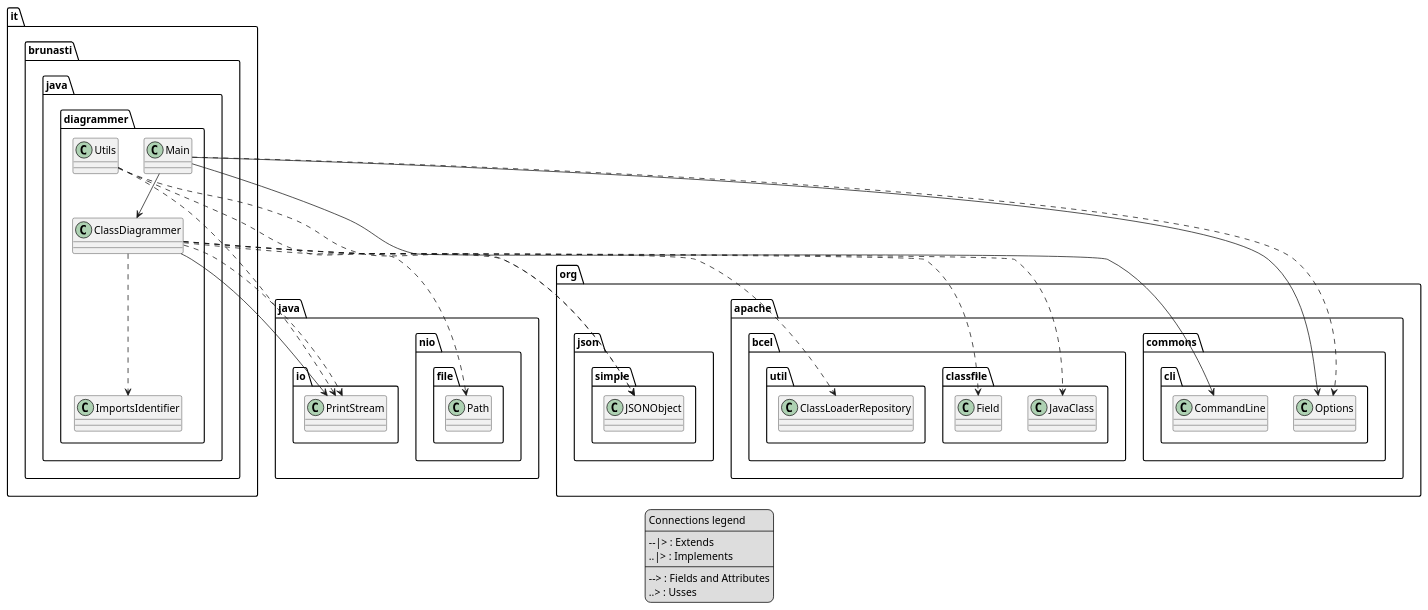
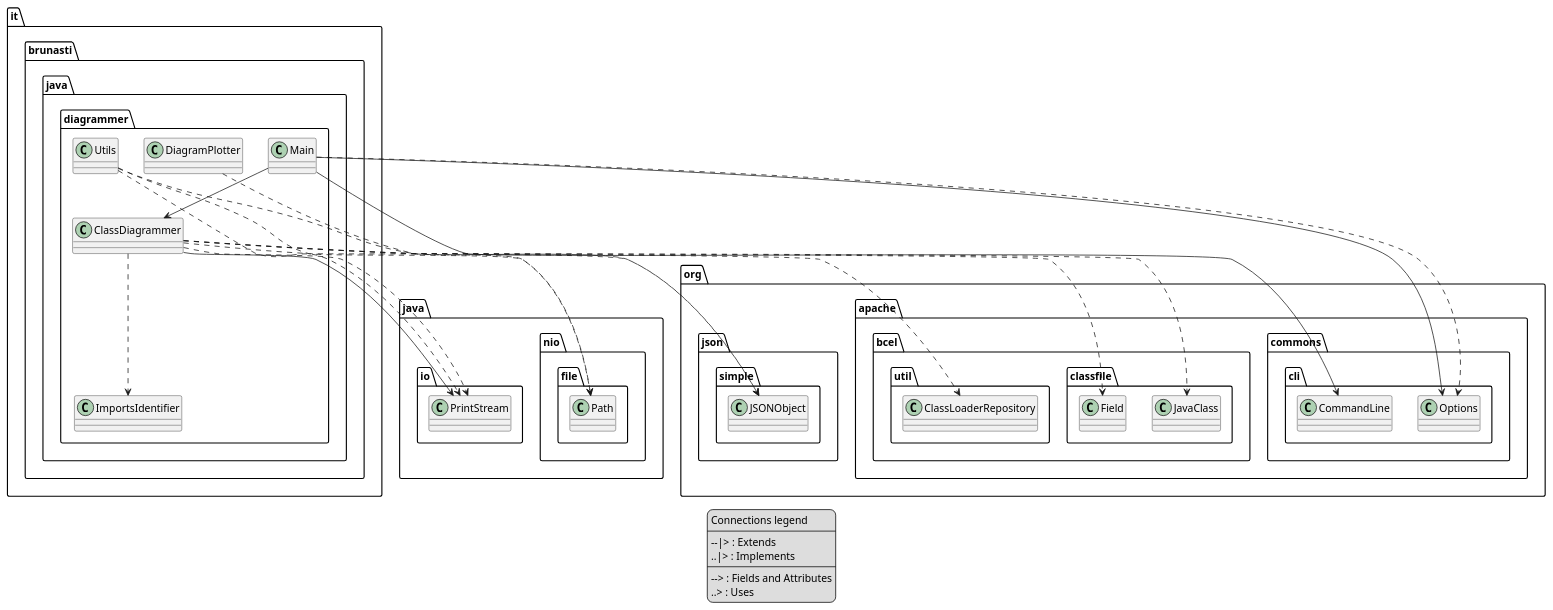
One commit to brunasti/java-diagrammer changed the diagram in docs/output.puml. Above: the diagram before and after it, drawn with PlantUML. The commit also changed 3 other files, not shown here.

Commit message:
Adds tests for DiagramPlotter

```diff
--- a/docs/output.puml
+++ b/docs/output.puml
@@ -1,53 +1,55 @@
 @startuml
 'https://plantuml.com/class-diagram
 
 ' GENERATE CLASS DIAGRAM ===========
 ' Generator       : it.brunasti.java.diagrammer.ClassDiagrammer
 ' Path            : [./target/classes]
 ' Configuration   : [./docs/config-withLegend.json]
-' Generated at    : Fri Mar 29 13:14:27 CET 2024
+' Generated at    : Tue Apr 02 10:16:12 CEST 2024
 legend
 Connections legend
 ----
 --|> : Extends
 ..|> : Implements
 ----
 --> : Fields and Attributes
-..> : Usses
+..> : Uses
 end legend
 
 
 
 ' CLASSES =======
 class it.brunasti.java.diagrammer.ClassDiagrammer
 class it.brunasti.java.diagrammer.Utils
 class it.brunasti.java.diagrammer.Main
 class it.brunasti.java.diagrammer.ImportsIdentifier
+class it.brunasti.java.diagrammer.DiagramPlotter
 
 ' INHERITANCES =======
 
 ' IMPLEMENT INTERFACE =======
 
 ' FIELDS =======
 it.brunasti.java.diagrammer.ClassDiagrammer --> java.io.PrintStream
 it.brunasti.java.diagrammer.Main --> org.apache.commons.cli.CommandLine
 it.brunasti.java.diagrammer.Main --> it.brunasti.java.diagrammer.ClassDiagrammer
 it.brunasti.java.diagrammer.Main --> org.apache.commons.cli.Options
 
 ' USES =======
 it.brunasti.java.diagrammer.ClassDiagrammer ..> java.io.PrintStream
 it.brunasti.java.diagrammer.ClassDiagrammer ..> org.json.simple.JSONObject
 it.brunasti.java.diagrammer.ClassDiagrammer ..> org.apache.bcel.classfile.JavaClass
 it.brunasti.java.diagrammer.ClassDiagrammer ..> org.apache.bcel.classfile.Field
 it.brunasti.java.diagrammer.ClassDiagrammer ..> org.apache.bcel.util.ClassLoaderRepository
 it.brunasti.java.diagrammer.ClassDiagrammer ..> it.brunasti.java.diagrammer.ImportsIdentifier
 it.brunasti.java.diagrammer.Utils ..> java.io.PrintStream
 it.brunasti.java.diagrammer.Utils ..> org.json.simple.JSONObject
 it.brunasti.java.diagrammer.Utils ..> java.nio.file.Path
 it.brunasti.java.diagrammer.Main ..> org.apache.commons.cli.Options
+it.brunasti.java.diagrammer.DiagramPlotter ..> java.nio.file.Path
 
 ' IMPORTS =======
 ' Java Files Path : 
 
 
 @enduml
```
